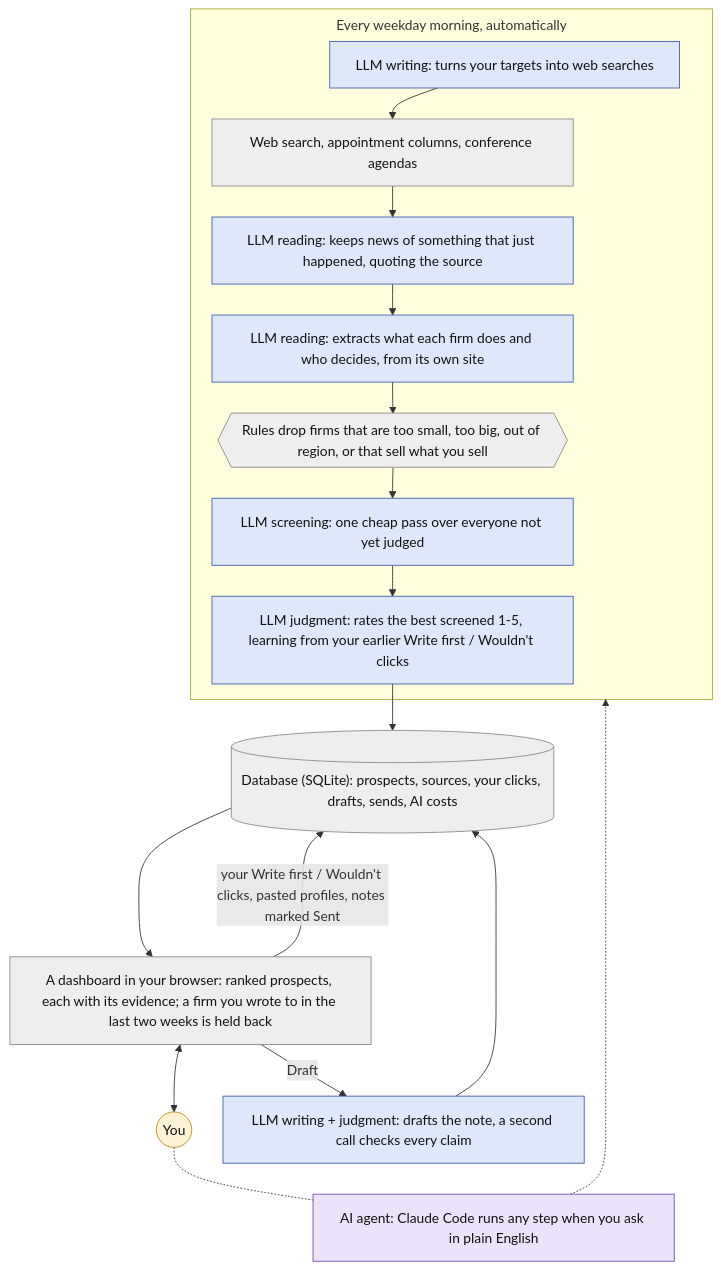
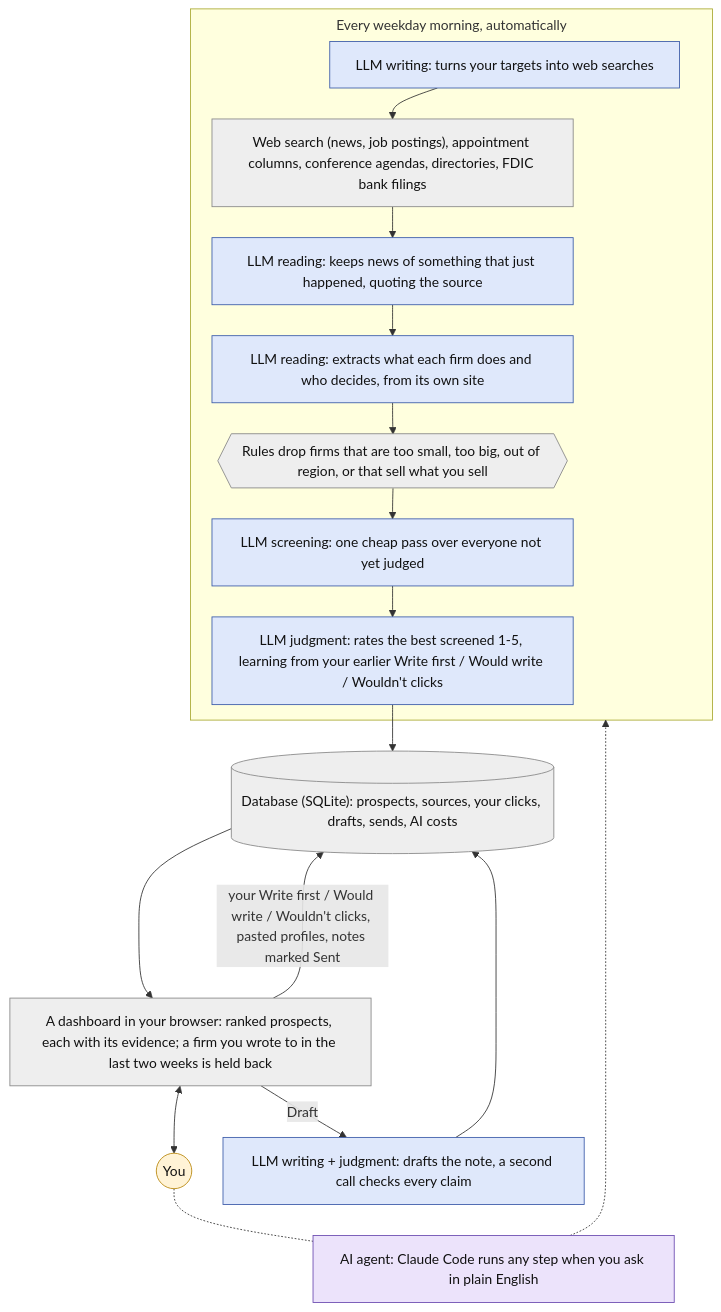
The diagram in README.md (joehahn/prospect-scanner), drawn with Mermaid before and after one commit. The commit also changed other lines of this file, not shown here.

````diff
--- a/README.md
+++ b/README.md
@@ -39,27 +41,27 @@
 ```mermaid
 %%{init: {'flowchart': {'wrappingWidth': 360, 'nodeSpacing': 30, 'rankSpacing': 36, 'subGraphTitleMargin': {'top': 6, 'bottom': 14}}}}%%
 flowchart TD
   subgraph daily["Every weekday morning, automatically"]
     Q["LLM writing: turns your targets into web searches"]:::ai
-    W["Web search, appointment columns, conference agendas"]:::code
+    W["Web search (news, job postings), appointment columns, conference agendas, directories, FDIC bank filings"]:::code
     K["LLM reading: keeps news of something that just happened, quoting the source"]:::ai
     V["LLM reading: extracts what each firm does and who decides, from its own site"]:::ai
     G{{"Rules drop firms that are too small, too big, out of region, or that sell what you sell"}}:::code
     S["LLM screening: one cheap pass over everyone not yet judged"]:::ai
-    J["LLM judgment: rates the best screened 1-5, learning from your earlier Write first / Wouldn't clicks"]:::ai
+    J["LLM judgment: rates the best screened 1-5, learning from your earlier Write first / Would write / Wouldn't clicks"]:::ai
     Q --> W --> K --> V --> G --> S --> J
   end
   J --> R[("Database (SQLite): prospects, sources, your clicks, drafts, sends, AI costs")]:::code
   R ---> P["A dashboard in your browser: ranked prospects, each with its evidence; a firm you wrote to in the last two weeks is held back"]:::code
   P <--> Y(("You")):::you
-  P -- "your Write first / Wouldn't clicks, pasted profiles, notes marked Sent" ---> R
+  P -- "your Write first / Would write / Wouldn't clicks, pasted profiles, notes marked Sent" ---> R
   P -- "Draft" --> D["LLM writing + judgment: drafts the note, a second call checks every claim"]:::ai
   D --> R
   C["AI agent: Claude Code runs any step when you ask in plain English"]:::agent
   Y -.- C
   C -.-> daily
   classDef ai fill:#dfe8fb,stroke:#3b5ba9,color:#111
   classDef agent fill:#ece3fb,stroke:#6b4bb0,color:#111
   classDef code fill:#eeeeee,stroke:#888888,color:#111
   classDef you fill:#fff3d6,stroke:#b8860b,color:#111
 ```
````
